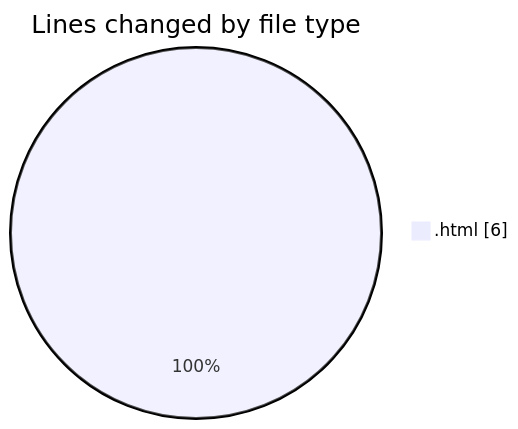
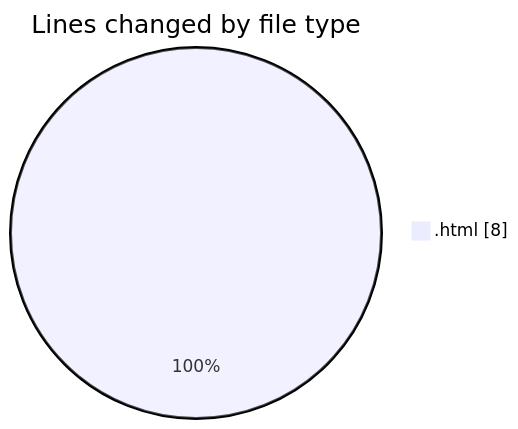
One commit to LanceThiago/code-tracking changed the first of 2 diagrams in 2025-04-29/enre_-_calculadora_de_consumo_v_2022_files/README.md. Above: the diagram before and after it, drawn with Mermaid. The commit also changed other lines of this file and 1 other file, not shown here.

````diff
--- a/2025-04-29/enre_-_calculadora_de_consumo_v_2022_files/README.md
+++ b/2025-04-29/enre_-_calculadora_de_consumo_v_2022_files/README.md
@@ -20,5 +20,5 @@
 ```mermaid
 pie showData
 title Lines changed by file type
-".html" : 6
+".html" : 8
 ```
````
